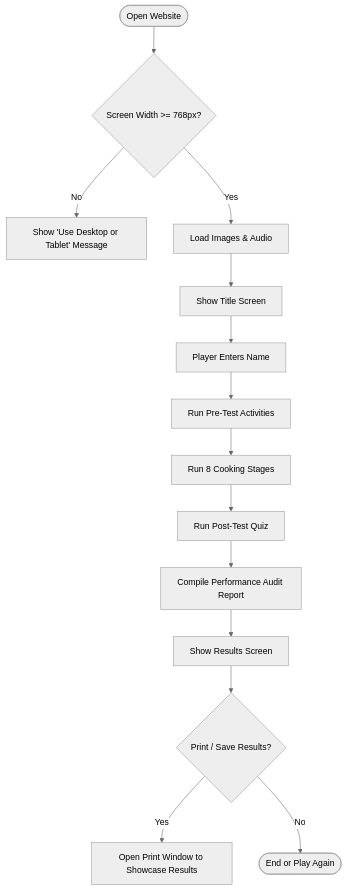
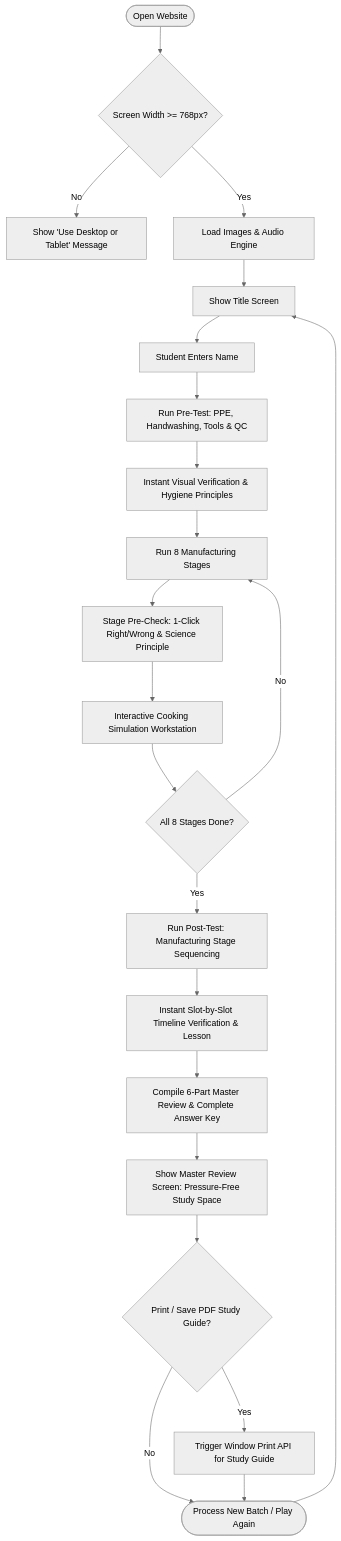
One commit to gjcodess/PithQuest changed the third of 4 diagrams in docs/SYSTEM_DIAGRAMS.md. Above: the diagram before and after it, drawn with Mermaid (neutral theme). The commit also changed other lines of this file, not shown here.

First line of the commit message:
docs: update system diagrams and flowcharts for formative feedback and Master Review flow

````diff
--- a/docs/SYSTEM_DIAGRAMS.md
+++ b/docs/SYSTEM_DIAGRAMS.md
@@ -40,19 +84,29 @@
 ```mermaid
 flowchart TD
     Start([Open Website]) --> CheckScreen{Screen Width >= 768px?}
     CheckScreen -- No --> ShowWarning[Show 'Use Desktop or Tablet' Message]
-    CheckScreen -- Yes --> LoadAssets[Load Images & Audio]
+    CheckScreen -- Yes --> LoadAssets[Load Images & Audio Engine]
     
     LoadAssets --> TitleScreen[Show Title Screen]
-    TitleScreen --> InputName[Player Enters Name]
-    InputName --> RunPreTest[Run Pre-Test Activities]
+    TitleScreen --> InputName[Student Enters Name]
+    InputName --> RunPreTest[Run Pre-Test: PPE, Handwashing, Tools & QC]
     
-    RunPreTest --> RunStages[Run 8 Cooking Stages]
-    RunStages --> RunPostTest[Run Post-Test Quiz]
+    RunPreTest --> InstantPreFeedback[Instant Visual Verification & Hygiene Principles]
+    InstantPreFeedback --> RunStages[Run 8 Manufacturing Stages]
     
-    RunPostTest --> CompileAudit[Compile Performance Audit Report]
-    CompileAudit --> ShowResults[Show Results Screen]
-    ShowResults --> PrintReport{Print / Save Results?}
-    PrintReport -- Yes --> OpenPrint[Open Print Window to Showcase Results]
-    PrintReport -- No --> End([End or Play Again])
+    RunStages --> PreCheckModal[Stage Pre-Check: 1-Click Right/Wrong & Science Principle]
+    PreCheckModal --> CookingSimulation[Interactive Cooking Simulation Workstation]
+    CookingSimulation --> StageLoop{All 8 Stages Done?}
+    StageLoop -- No --> RunStages
+    StageLoop -- Yes --> RunPostTest[Run Post-Test: Manufacturing Stage Sequencing]
+    
+    RunPostTest --> VerifyTimeline[Instant Slot-by-Slot Timeline Verification & Lesson]
+    VerifyTimeline --> CompileMasterReview[Compile 6-Part Master Review & Complete Answer Key]
+    CompileMasterReview --> ShowReview[Show Master Review Screen: Pressure-Free Study Space]
+    
+    ShowReview --> PrintReport{Print / Save PDF Study Guide?}
+    PrintReport -- Yes --> OpenPrint[Trigger Window Print API for Study Guide]
+    PrintReport -- No --> End([Process New Batch / Play Again])
+    OpenPrint --> End
+    End --> TitleScreen
 ```
````
